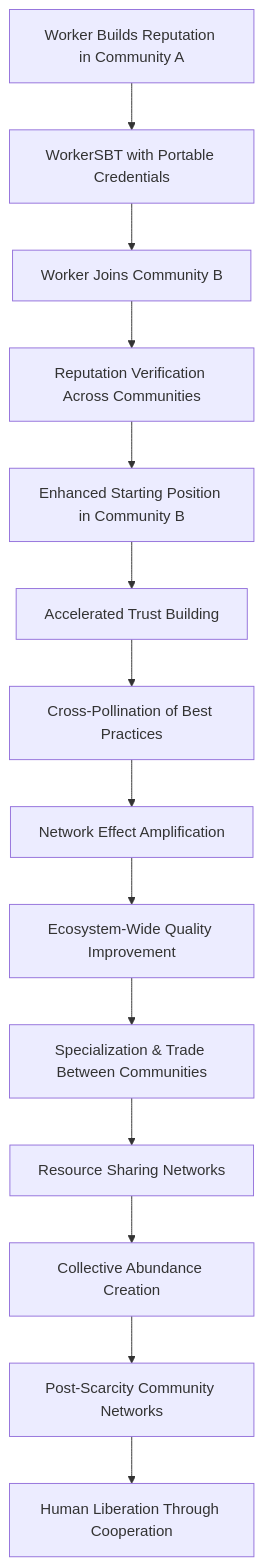
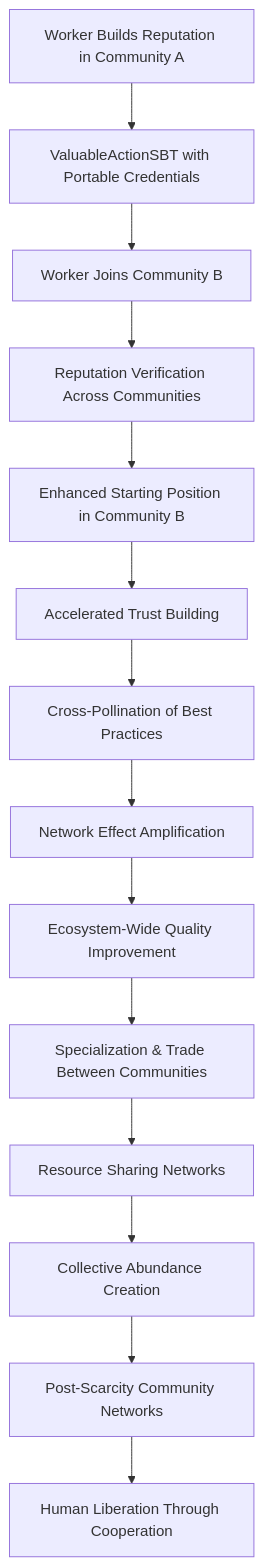
The fourth of 5 diagrams in docs/EN/Architecture.md (Nevtep/shift-desoc), drawn with Mermaid before and after one commit. The commit also changed other lines of this file and 165 other files, not shown here.

````diff
--- a/docs/EN/Architecture.md
+++ b/docs/EN/Architecture.md
@@ -759,19 +1061,19 @@
 ```mermaid
 graph TD
-    A[Worker Builds Reputation in Community A] --> B[WorkerSBT with Portable Credentials]
+    A[Worker Builds Reputation in Community A] --> B[ValuableActionSBT with Portable Credentials]
     B --> C[Worker Joins Community B]
     C --> D[Reputation Verification Across Communities]
-    
+
     D --> E[Enhanced Starting Position in Community B]
     E --> F[Accelerated Trust Building]
     F --> G[Cross-Pollination of Best Practices]
     G --> H[Network Effect Amplification]
-    
+
     H --> I[Ecosystem-Wide Quality Improvement]
     I --> J[Specialization & Trade Between Communities]
     J --> K[Resource Sharing Networks]
     K --> L[Collective Abundance Creation]
-    
+
     L --> M[Post-Scarcity Community Networks]
     M --> N[Human Liberation Through Cooperation]
 ```
````
